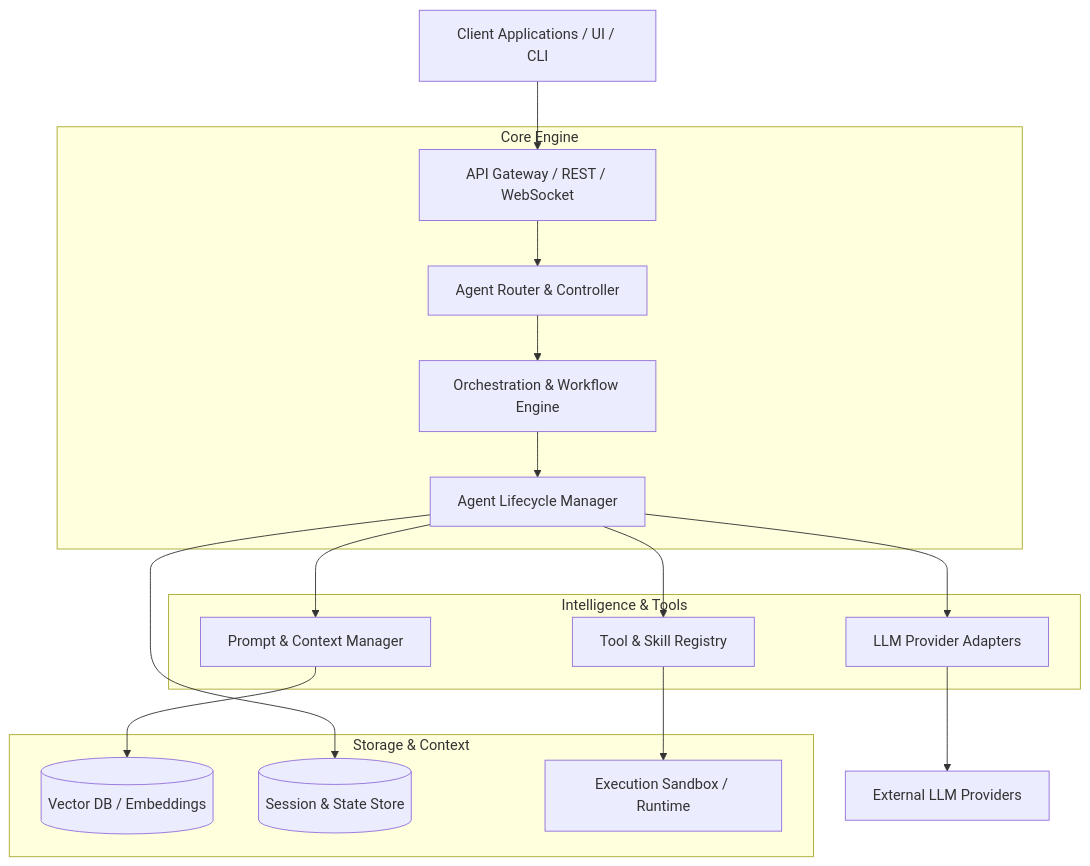
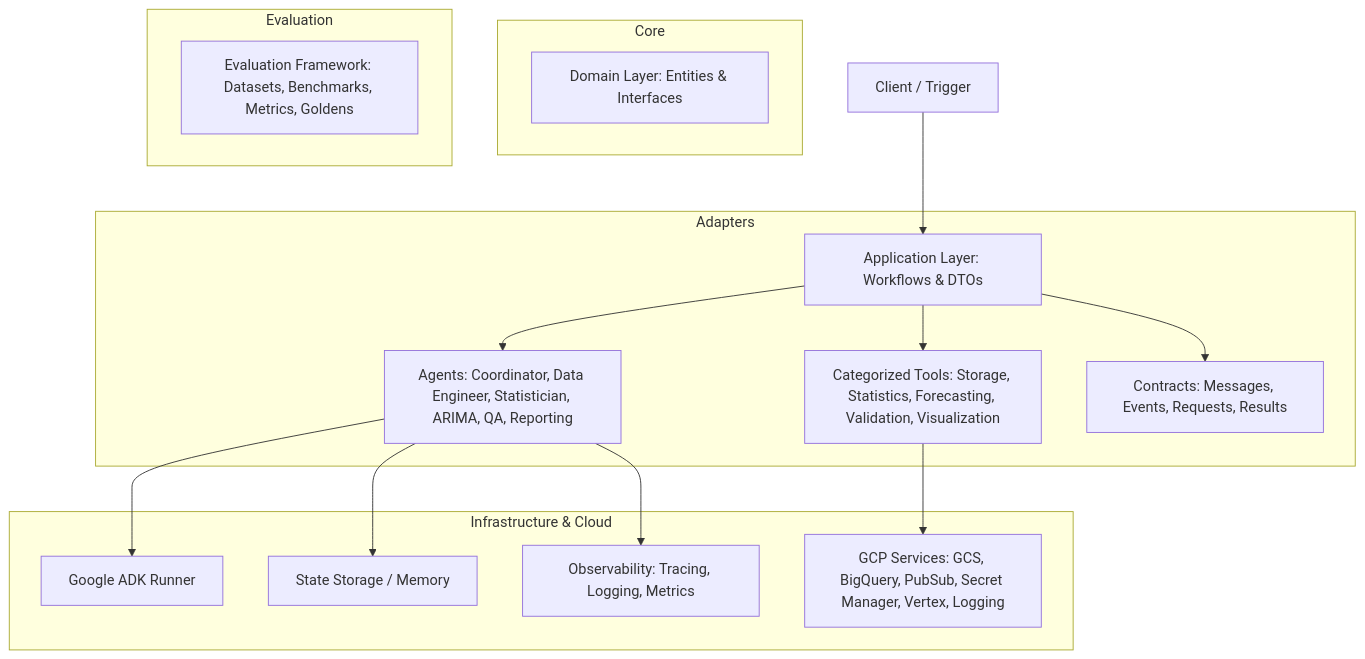
Before and after one commit to mimitheone/arima-agent-platform: the diagram in ARCHITECTURE.md, drawn with Mermaid. The commit also changed other lines of this file and 82 other files, not shown here.

Commit message:
refactor: reorganize project into 4-layer Clean Architecture with agents, tools, contracts, gcp services, observability, and evaluation

````diff
--- a/ARCHITECTURE.md
+++ b/ARCHITECTURE.md
@@ -10,24 +10,25 @@
 ```mermaid
 graph TD
-    Client[Client Applications / UI / CLI] --> API[API Gateway / REST / WebSocket]
+    Client[Client / Trigger] --> App[Application Layer: Workflows & DTOs]
     
-    subgraph Core Engine
-        API --> Router[Agent Router & Controller]
-        Router --> Orchestrator[Orchestration & Workflow Engine]
-        Orchestrator --> AgentManager[Agent Lifecycle Manager]
+    subgraph Core
+        Domain[Domain Layer: Entities & Interfaces]
     end
 
-    subgraph Intelligence & Tools
-        AgentManager --> PromptEngine[Prompt & Context Manager]
-        AgentManager --> ModelAdapter[LLM Provider Adapters]
-        AgentManager --> ToolRegistry[Tool & Skill Registry]
+    subgraph Adapters
+        App --> Agents[Agents: Coordinator, Data Engineer, Statistician, ARIMA, QA, Reporting]
+        App --> Tools[Categorized Tools: Storage, Statistics, Forecasting, Validation, Visualization]
+        App --> Contracts[Contracts: Messages, Events, Requests, Results]
     end
 
-    subgraph Storage & Context
-        PromptEngine --> VectorDB[(Vector DB / Embeddings)]
-        AgentManager --> StateStore[(Session & State Store)]
-        ToolRegistry --> Sandbox[Execution Sandbox / Runtime]
+    subgraph Infrastructure & Cloud
+        Agents --> ADK[Google ADK Runner]
+        Tools --> GCP[GCP Services: GCS, BigQuery, PubSub, Secret Manager, Vertex, Logging]
+        Agents --> State[State Storage / Memory]
+        Agents --> Observability[Observability: Tracing, Logging, Metrics]
     end
 
-    ModelAdapter --> ExtLLM[External LLM Providers]
+    subgraph Evaluation
+        Eval[Evaluation Framework: Datasets, Benchmarks, Metrics, Goldens]
+    end
 ```
````
